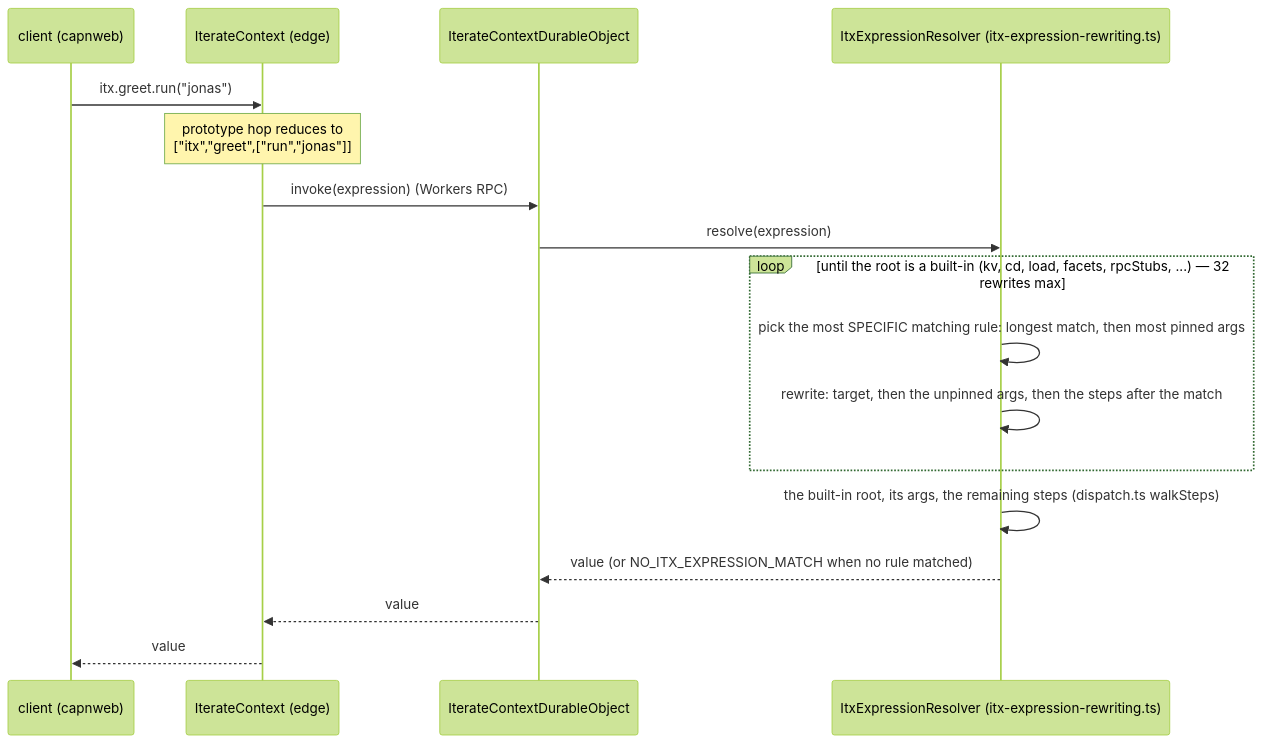
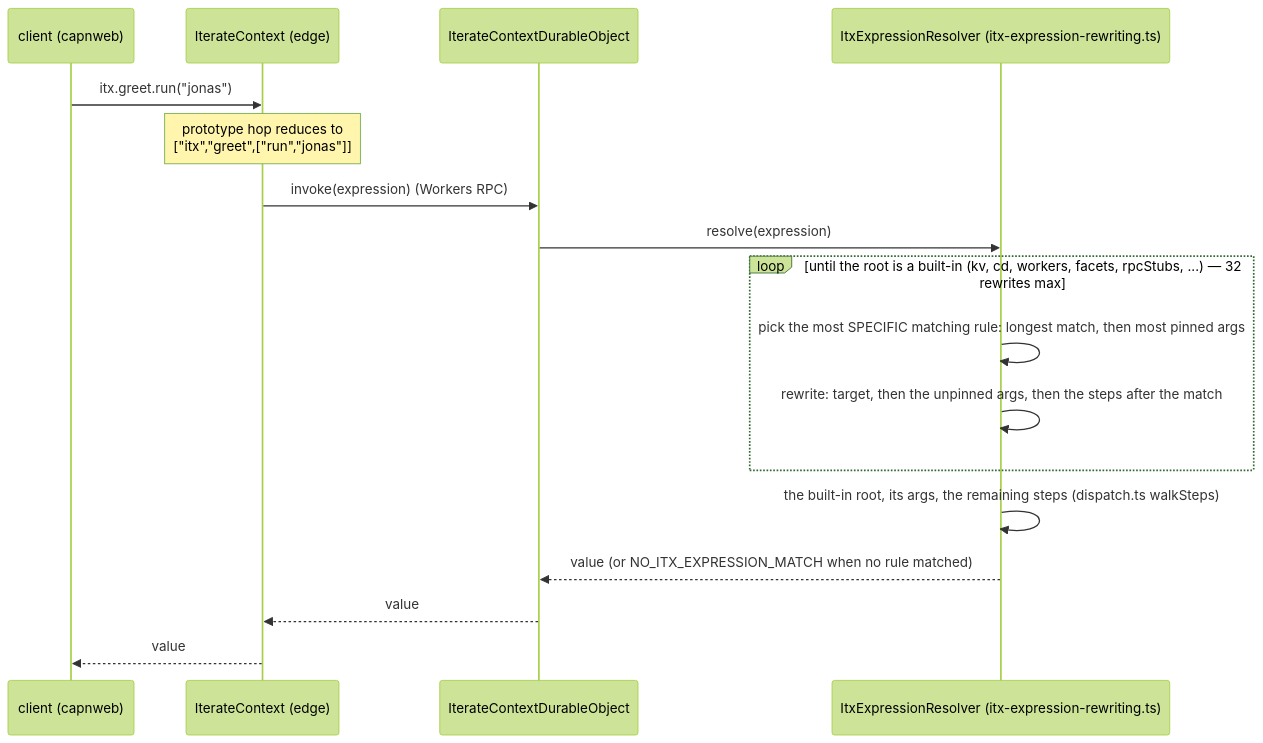
Before and after one commit to iterate/iterate: the second of 5 diagrams in packages/v3/project-worker/docs/clean-room-api-walkthrough.md, drawn with Mermaid (forest theme). The commit also changed other lines of this file and 50 other files, not shown here.

````diff
--- a/packages/v3/project-worker/docs/clean-room-api-walkthrough.md
+++ b/packages/v3/project-worker/docs/clean-room-api-walkthrough.md
@@ -1317,19 +1333,19 @@
 ```mermaid
 sequenceDiagram
   participant C as client (capnweb)
   participant E as IterateContext (edge)
   participant D as IterateContextDurableObject
   participant R as ItxExpressionResolver (itx-expression-rewriting.ts)
   C->>E: itx.greet.run("jonas")
   Note over E: prototype hop reduces to<br/>["itx","greet",["run","jonas"]]
   E->>D: invoke(expression)   (Workers RPC)
   D->>R: resolve(expression)
-  loop until the root is a built-in (kv, cd, load, facets, rpcStubs, ...) — 32 rewrites max
+  loop until the root is a built-in (kv, cd, workers, facets, rpcStubs, ...) — 32 rewrites max
     R->>R: pick the most SPECIFIC matching rule: longest match, then most pinned args
     R->>R: rewrite: target, then the unpinned args, then the steps after the match
   end
   R->>R: the built-in root, its args, the remaining steps (dispatch.ts walkSteps)
   R-->>D: value (or NO_ITX_EXPRESSION_MATCH when no rule matched)
   D-->>E: value
   E-->>C: value
 ```
````
